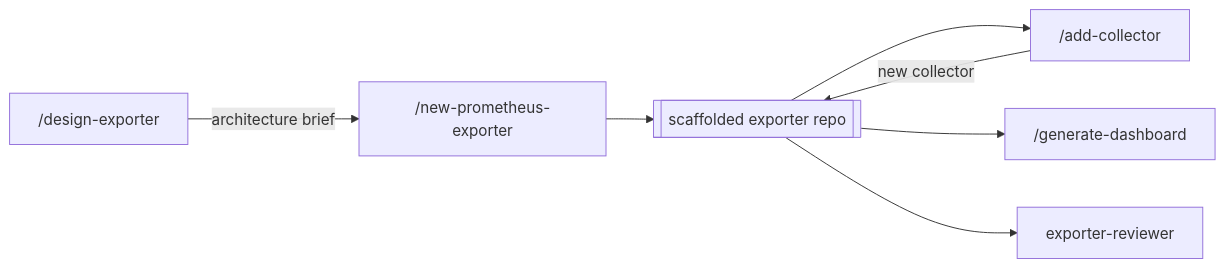
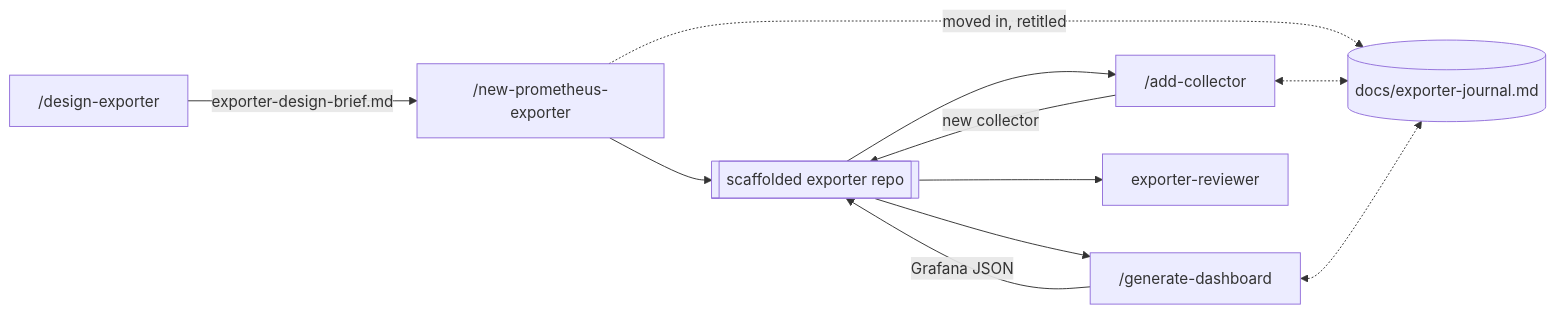
Before and after one commit to SckyzO/prometheus-exporter-plugin: the first of 2 diagrams in README.md, drawn with Mermaid. The commit also changed other lines of this file, not shown here.

````diff
--- a/README.md
+++ b/README.md
@@ -12,9 +22,14 @@
 ```mermaid
 flowchart LR
-    D["/design-exporter"] -->|architecture brief| N["/new-prometheus-exporter"]
+    D["/design-exporter"] -->|exporter-design-brief.md| N["/new-prometheus-exporter"]
     N --> repo[["scaffolded exporter repo"]]
     repo --> A["/add-collector"]
     A -->|new collector| repo
     repo --> G["/generate-dashboard"]
+    G -->|Grafana JSON| repo
     repo --> R["exporter-reviewer"]
+
+    N -.->|moved in, retitled| J[("docs/exporter-journal.md")]
+    A <-.-> J
+    G <-.-> J
 ```
````
